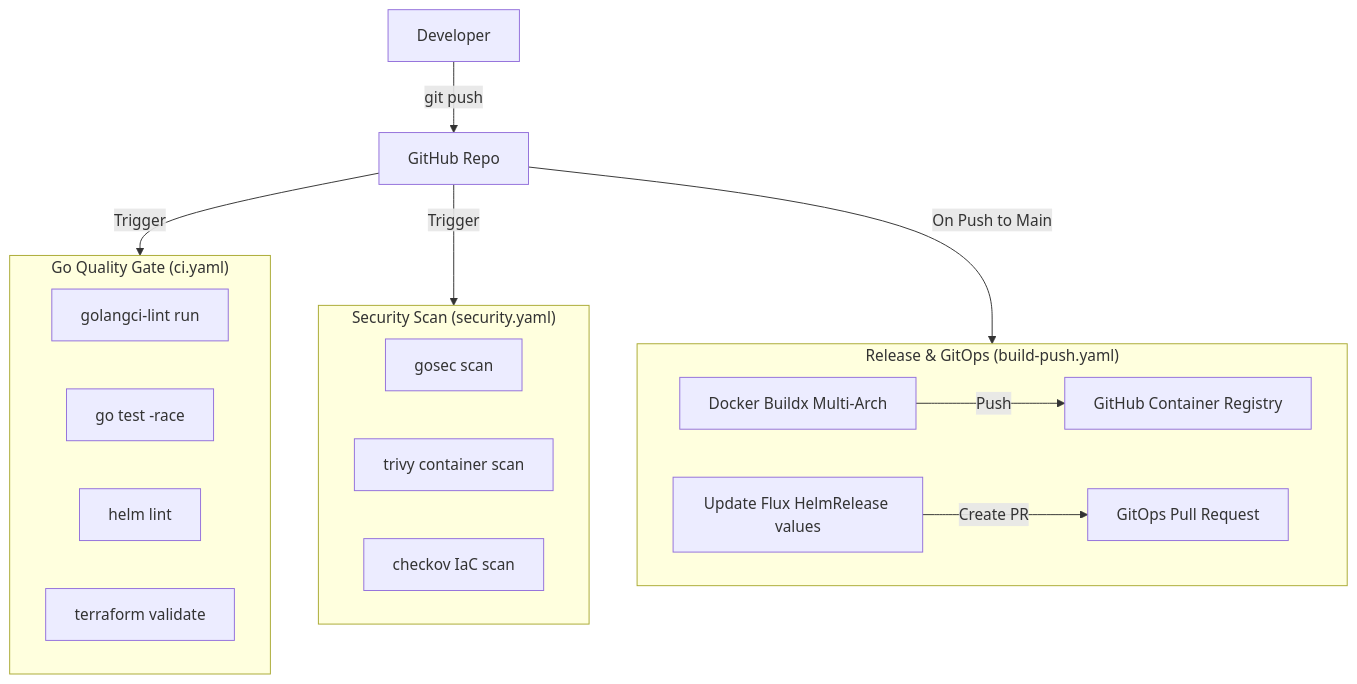
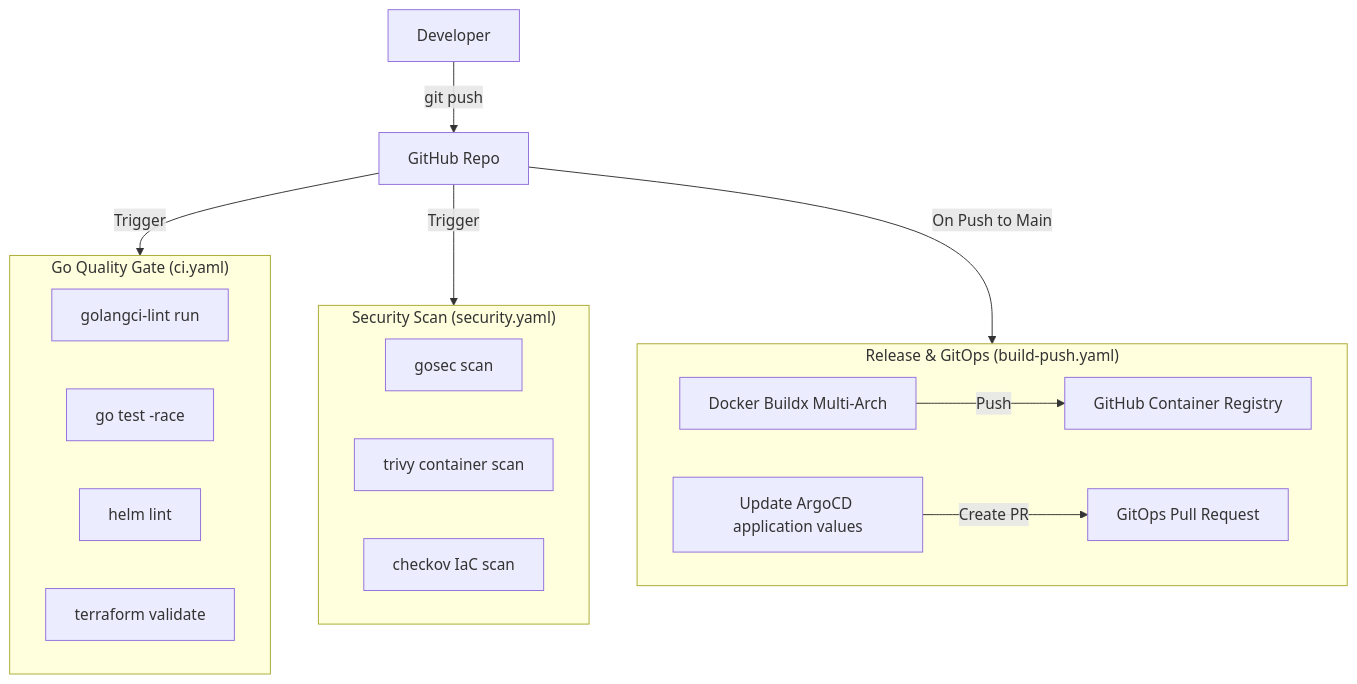
Before and after one commit to seanchuatech/order-processing-system: the second of 4 diagrams in README.md, drawn with Mermaid. The commit also changed other lines of this file, not shown here.

Commit message:
chore: migrate GitOps implementation from FluxCD to ArgoCD in documentation

````diff
--- a/README.md
+++ b/README.md
@@ -41,26 +41,26 @@
 ```mermaid
 graph TD
     Developer[Developer] -->|git push| GitHub[GitHub Repo]
     
     subgraph CI_Quality["Go Quality Gate (ci.yaml)"]
         Lint[golangci-lint run]
         Test[go test -race]
         HelmLint[helm lint]
         TFValidate[terraform validate]
     end
     
     subgraph Sec_Scan["Security Scan (security.yaml)"]
         GoSec[gosec scan]
         Trivy[trivy container scan]
         Checkov[checkov IaC scan]
     end
     
     subgraph CD_Release["Release & GitOps (build-push.yaml)"]
         DockerBuild[Docker Buildx Multi-Arch] -->|Push| GHCR[GitHub Container Registry]
-        UpdateYAML[Update Flux HelmRelease values] -->|Create PR| GitHubPR[GitOps Pull Request]
+        UpdateYAML[Update ArgoCD application values] -->|Create PR| GitHubPR[GitOps Pull Request]
     end
     
     GitHub -->|Trigger| CI_Quality
     GitHub -->|Trigger| Sec_Scan
     GitHub -->|On Push to Main| CD_Release
 ```
````
